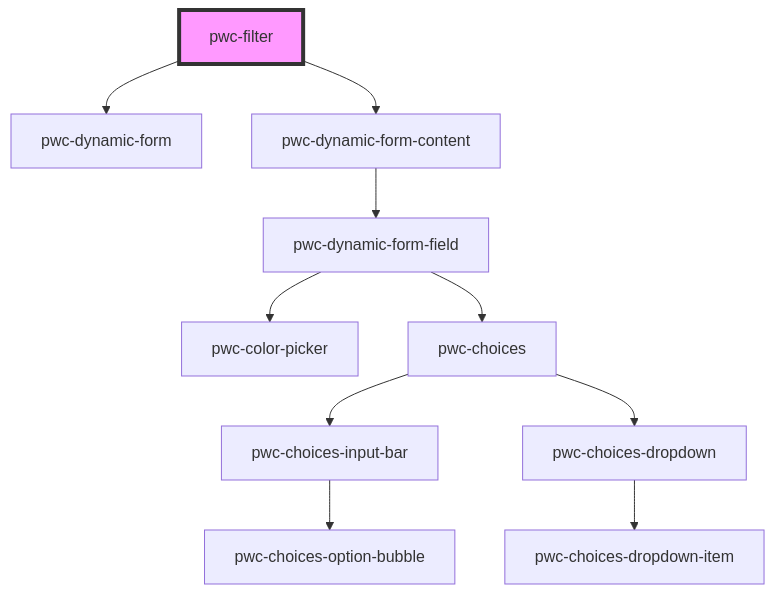
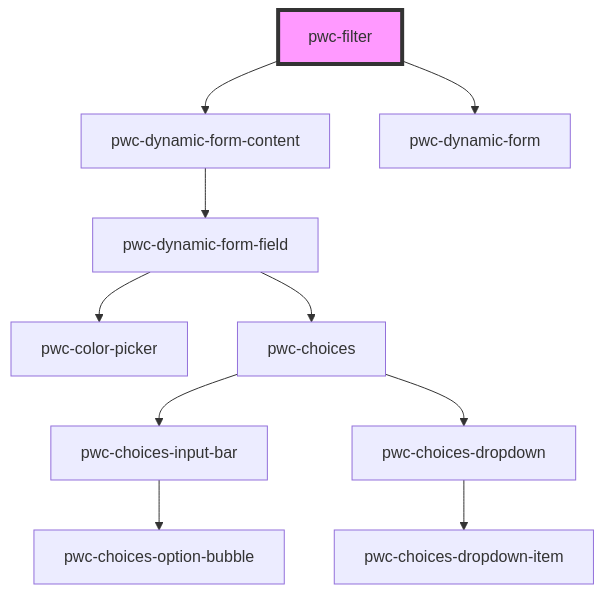
Before and after one commit to Paraboly/pwc-filter: the diagram in src/components/pwc-filter/readme.md, drawn with Mermaid. The commit also changed other lines of this file, not shown here.

````diff
--- a/src/components/pwc-filter/readme.md
+++ b/src/components/pwc-filter/readme.md
@@ -63,13 +63,13 @@
 ```mermaid
 graph TD;
+  pwc-filter --> pwc-dynamic-form-content
   pwc-filter --> pwc-dynamic-form
-  pwc-filter --> pwc-dynamic-form-content
   pwc-dynamic-form-content --> pwc-dynamic-form-field
   pwc-dynamic-form-field --> pwc-color-picker
   pwc-dynamic-form-field --> pwc-choices
   pwc-choices --> pwc-choices-input-bar
   pwc-choices --> pwc-choices-dropdown
   pwc-choices-input-bar --> pwc-choices-option-bubble
   pwc-choices-dropdown --> pwc-choices-dropdown-item
   style pwc-filter fill:#f9f,stroke:#333,stroke-width:4px
 ```
````
